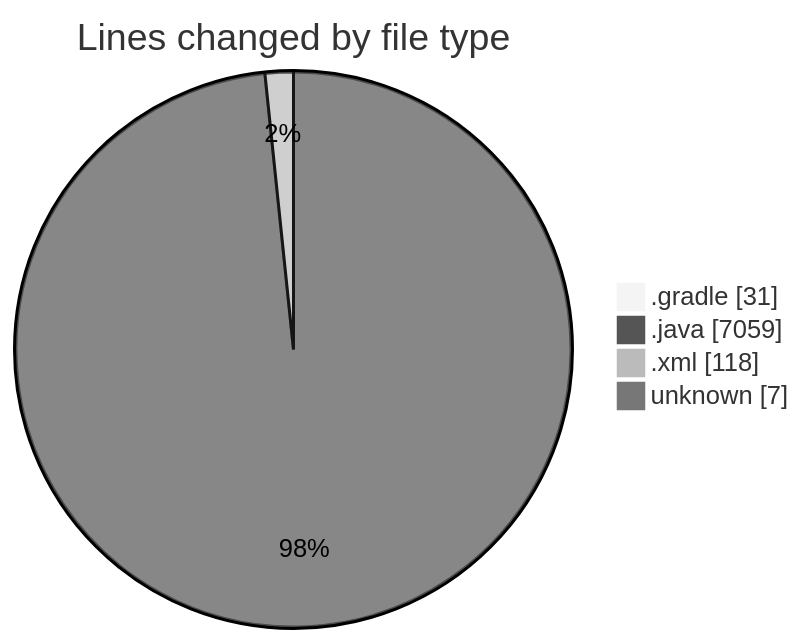
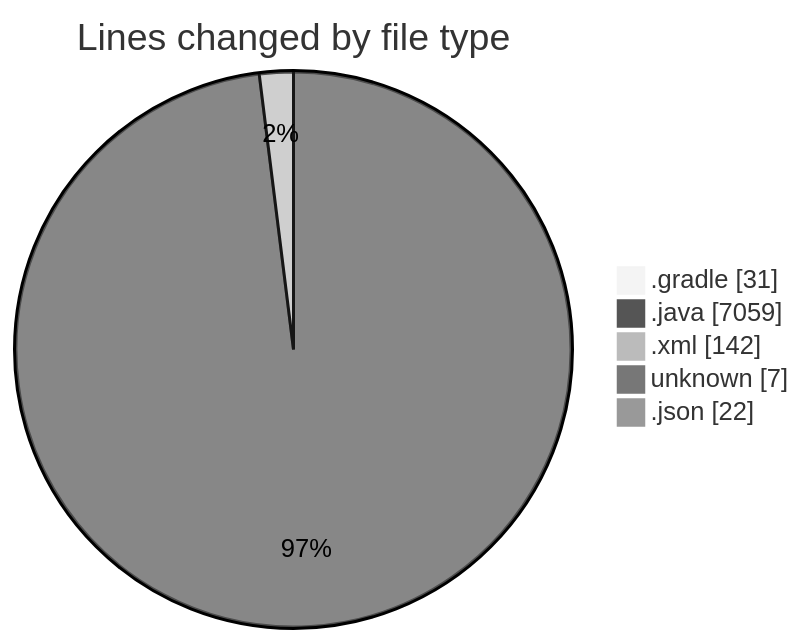
Before and after one commit to charlie-sans/code-tracking: the first of 2 diagrams in 2025-02-21/micros/README.md, drawn with Mermaid (neutral theme). The commit also changed other lines of this file and 1 other file, not shown here.

````diff
--- a/2025-02-21/micros/README.md
+++ b/2025-02-21/micros/README.md
@@ -49,8 +50,9 @@
 ```mermaid
 pie showData
 title Lines changed by file type
 ".gradle" : 31
 ".java" : 7059
-".xml" : 118
+".xml" : 142
 "unknown" : 7
+".json" : 22
 ```
````
